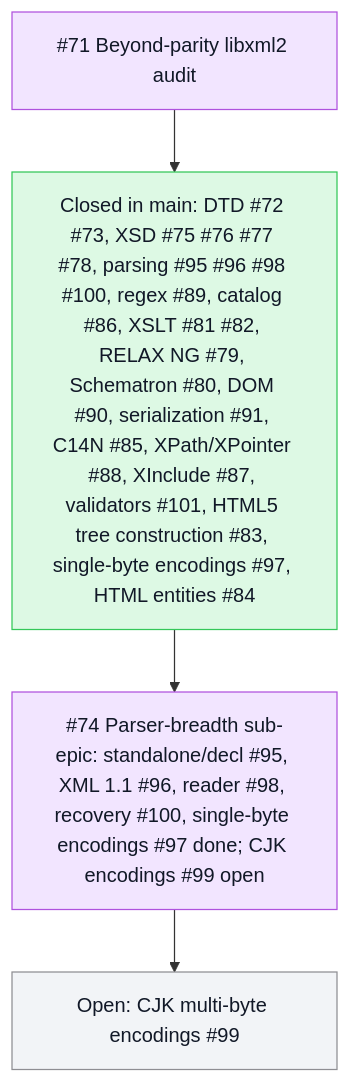
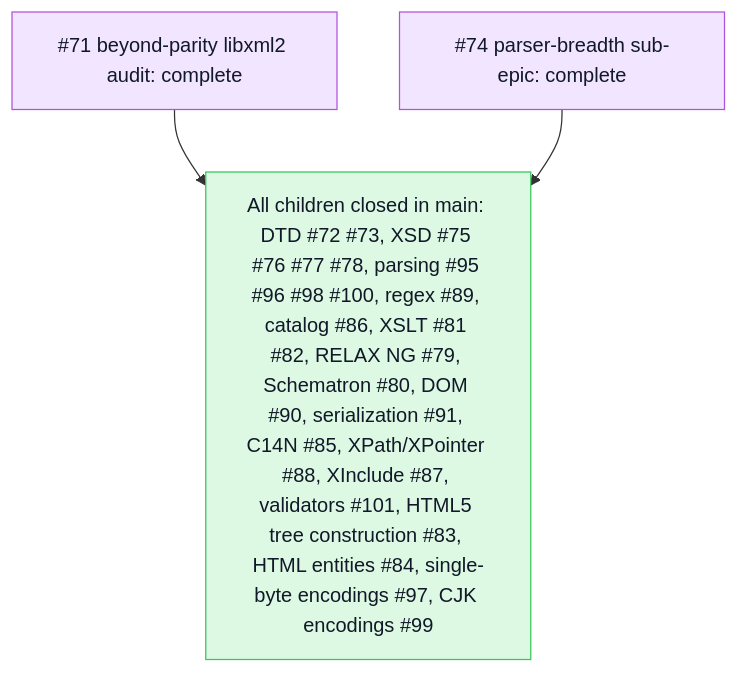
The second of 2 diagrams in README.md (mihaelamj/PureXML), drawn with Mermaid before and after one commit. The commit also changed other lines of this file, not shown here.

Commit message:
docs: CJK encodings #99 closed; the #71 audit epic is complete

````diff
--- a/README.md
+++ b/README.md
@@ -73,14 +74,12 @@
 ```mermaid
 flowchart TB
   classDef done fill:#ddf9e4,stroke:#34c759,color:#111827
   classDef review fill:#fff7d6,stroke:#ffcc00,color:#111827
   classDef epic fill:#f2e5ff,stroke:#af52de,color:#111827
   classDef todo fill:#f2f4f7,stroke:#8e8e93,color:#111827
-  Epic71["#71 Beyond-parity libxml2 audit"]:::epic
-  AuditDone["Closed in main: DTD #72 #73, XSD #75 #76 #77 #78, parsing #95 #96 #98 #100, regex #89, catalog #86, XSLT #81 #82, RELAX NG #79, Schematron #80, DOM #90, serialization #91, C14N #85, XPath/XPointer #88, XInclude #87, validators #101, HTML5 tree construction #83, single-byte encodings #97, HTML entities #84"]:::done
-  Epic74["#74 Parser-breadth sub-epic: standalone/decl #95, XML 1.1 #96, reader #98, recovery #100, single-byte encodings #97 done; CJK encodings #99 open"]:::epic
-  Open["Open: CJK multi-byte encodings #99"]:::todo
-  Epic71 --> AuditDone
-  AuditDone --> Epic74
-  Epic74 --> Open
+  Epic71["#71 beyond-parity libxml2 audit: complete"]:::epic
+  Epic74["#74 parser-breadth sub-epic: complete"]:::epic
+  Done["All children closed in main: DTD #72 #73, XSD #75 #76 #77 #78, parsing #95 #96 #98 #100, regex #89, catalog #86, XSLT #81 #82, RELAX NG #79, Schematron #80, DOM #90, serialization #91, C14N #85, XPath/XPointer #88, XInclude #87, validators #101, HTML5 tree construction #83, HTML entities #84, single-byte encodings #97, CJK encodings #99"]:::done
+  Epic71 --> Done
+  Epic74 --> Done
 ```
````
